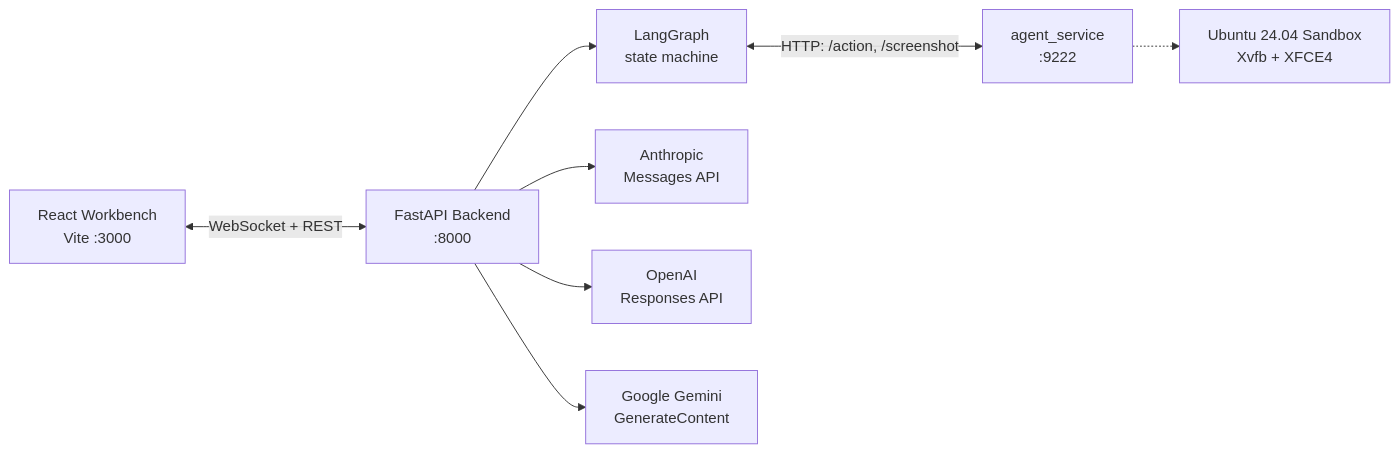
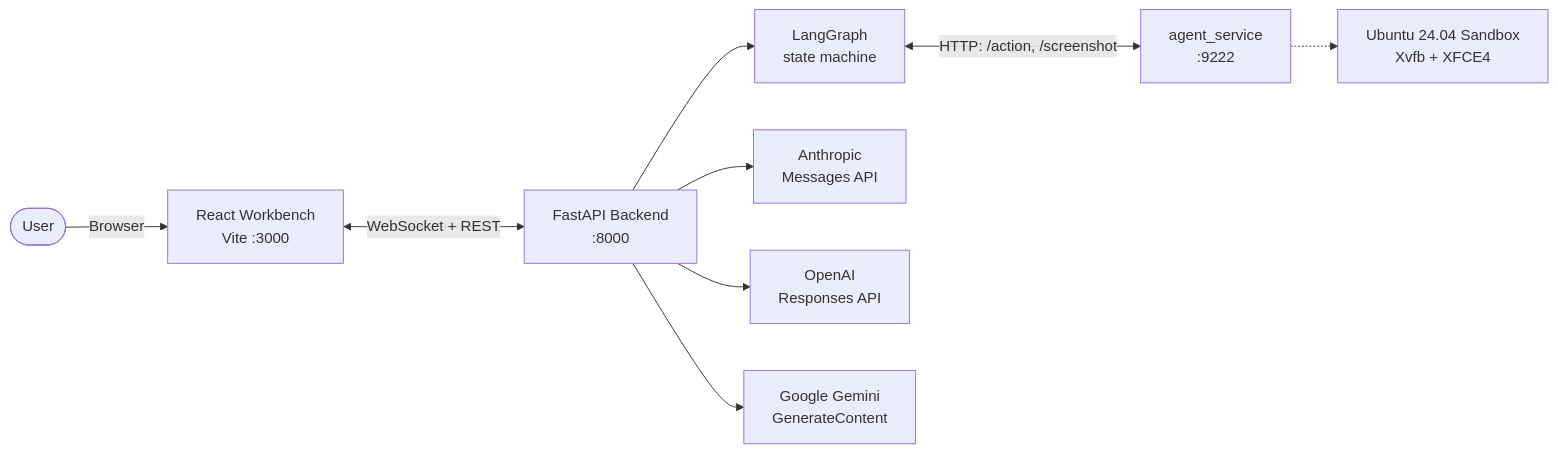
One commit to pypi-ahmad/computer-use changed the diagram in README.md. Above: the diagram before and after it, drawn with Mermaid. The commit also changed other lines of this file, not shown here.

````diff
--- a/README.md
+++ b/README.md
@@ -22,19 +30,21 @@
 ```mermaid
 flowchart LR
+    User([User])
     UI[React Workbench<br/>Vite :3000]
     API[FastAPI Backend<br/>:8000]
     GRAPH[LangGraph<br/>state machine]
     DOCKER[Ubuntu 24.04 Sandbox<br/>Xvfb + XFCE4]
     AGENT[agent_service<br/>:9222]
     ANTH[Anthropic<br/>Messages API]
     OAI[OpenAI<br/>Responses API]
     GOOG[Google Gemini<br/>GenerateContent]
 
+    User -->|Browser| UI
     UI <-->|WebSocket + REST| API
     API --> GRAPH
     GRAPH <-->|HTTP: /action, /screenshot| AGENT
     AGENT -.-> DOCKER
     API --> ANTH
     API --> OAI
     API --> GOOG
 ```
````
